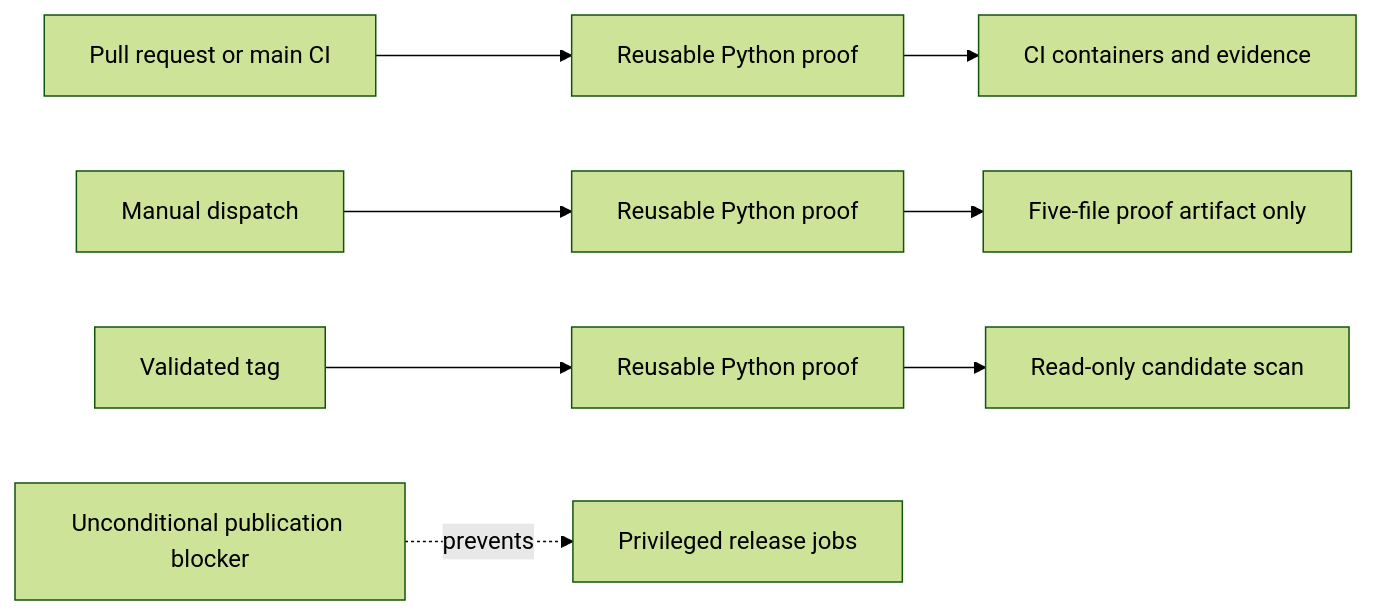
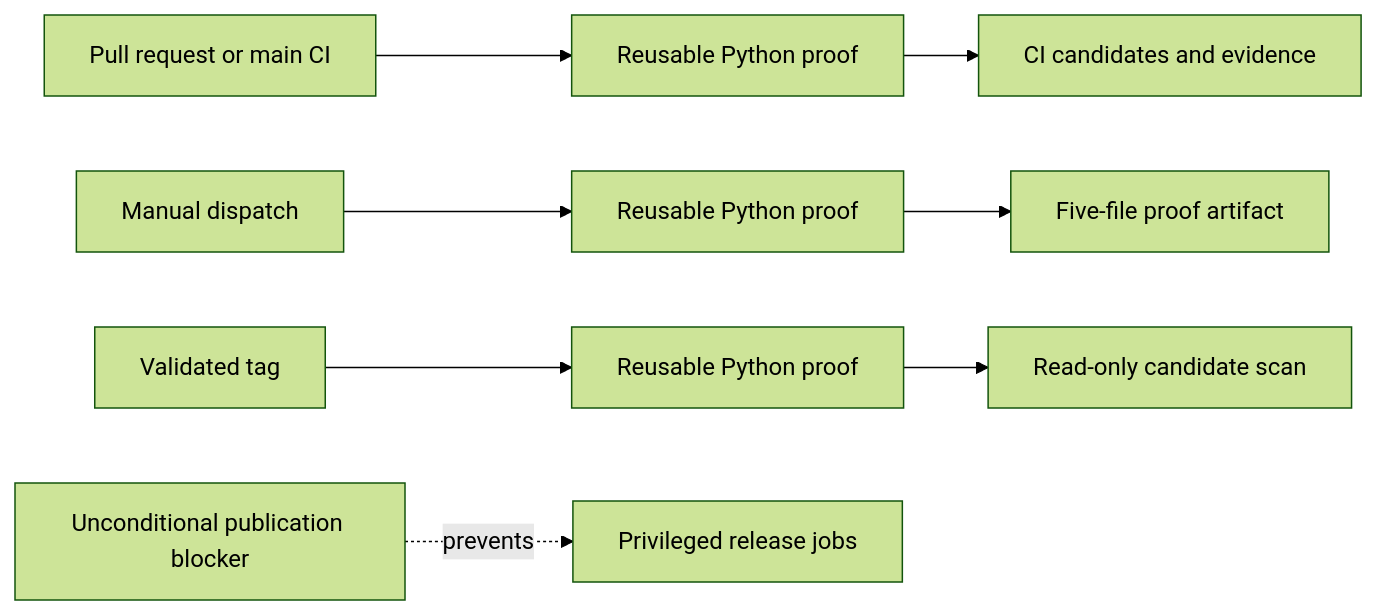
Before and after one commit to stampbot/extra-codeowners: the second of 2 diagrams in docs/explanation/architecture.md, drawn with Mermaid (forest theme). The commit also changed other lines of this file and 36 other files, not shown here.

````diff
--- a/docs/explanation/architecture.md
+++ b/docs/explanation/architecture.md
@@ -335,10 +276,10 @@
 ```mermaid
 flowchart LR
     CI[Pull request or main CI] --> CIP[Reusable Python proof]
-    CIP --> CIC[CI containers and evidence]
+    CIP --> CIC[CI candidates and evidence]
     Manual[Manual dispatch] --> MP[Reusable Python proof]
-    MP --> MA[Five-file proof artifact only]
+    MP --> MA[Five-file proof artifact]
     Tag[Validated tag] --> TP[Reusable Python proof]
     TP --> Scan[Read-only candidate scan]
     Gate[Unconditional publication blocker] -. prevents .-> Publish[Privileged release jobs]
 ```
````
